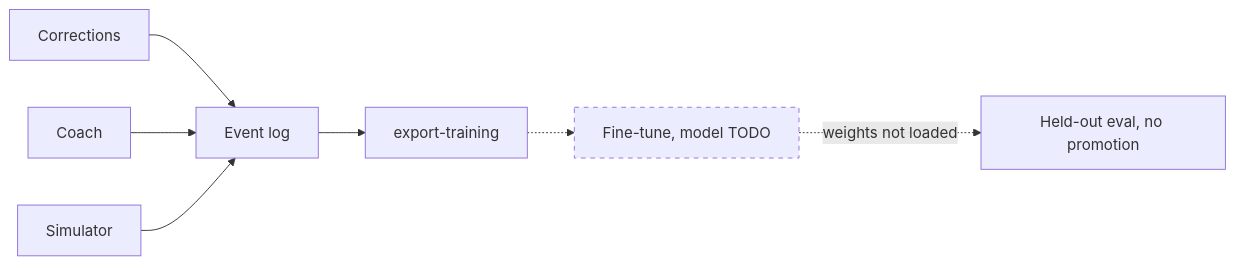
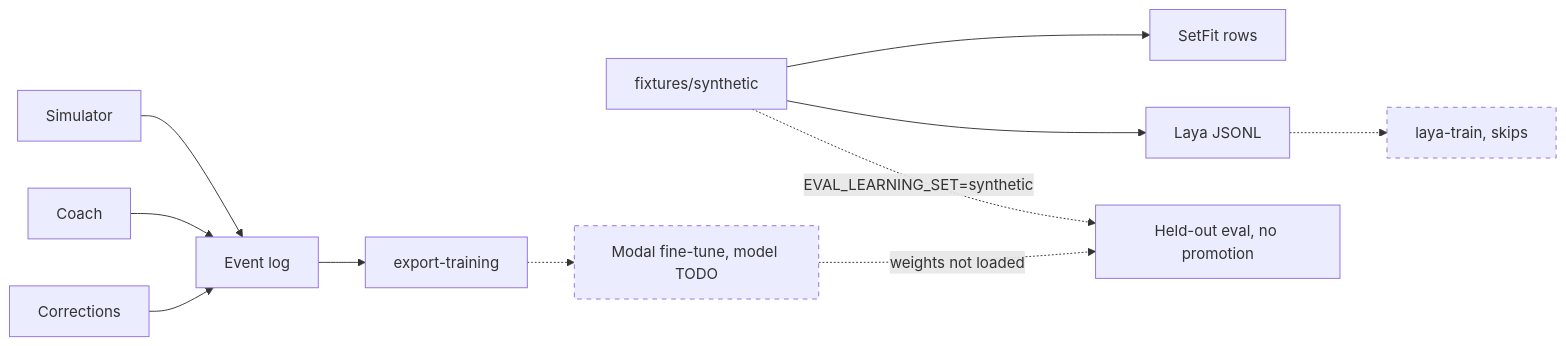
One commit to melaniepreen/Baan-Safe changed the second of 2 diagrams in BaanSafe_Revised_Architecture.md. Above: the diagram before and after it, drawn with Mermaid. The commit also changed other lines of this file and 1 other file, not shown here.

First line of the commit message:
docs: refresh architecture diagram (7c506d7)

````diff
--- a/BaanSafe_Revised_Architecture.md
+++ b/BaanSafe_Revised_Architecture.md
@@ -45,11 +50,15 @@
 ```mermaid
 flowchart LR
   classDef unwired stroke-dasharray: 5 5
   corrections[Corrections] --> log[Event log]
   coach[Coach] --> log
   sim[Simulator] --> log
   log --> export[export-training]
-  export -.-> ft["Fine-tune, model TODO"]:::unwired
+  export -.-> ft["Modal fine-tune, model TODO"]:::unwired
+  synth["fixtures/synthetic"] --> setfit["SetFit rows"]
+  synth --> laya["Laya JSONL"]
+  laya -.-> ltrain["laya-train, skips"]:::unwired
   eval["Held-out eval, no promotion"]
   ft -.->|"weights not loaded"| eval
+  synth -.->|"EVAL_LEARNING_SET=synthetic"| eval
 ```
````
